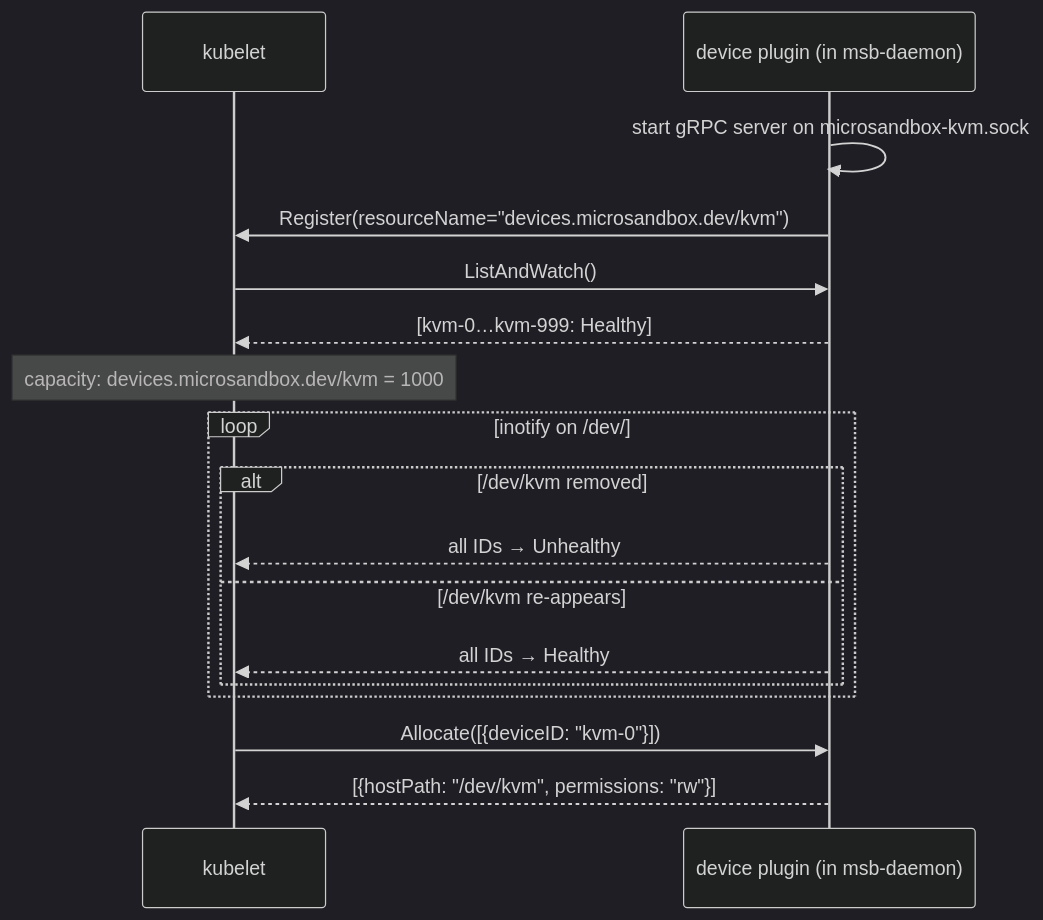
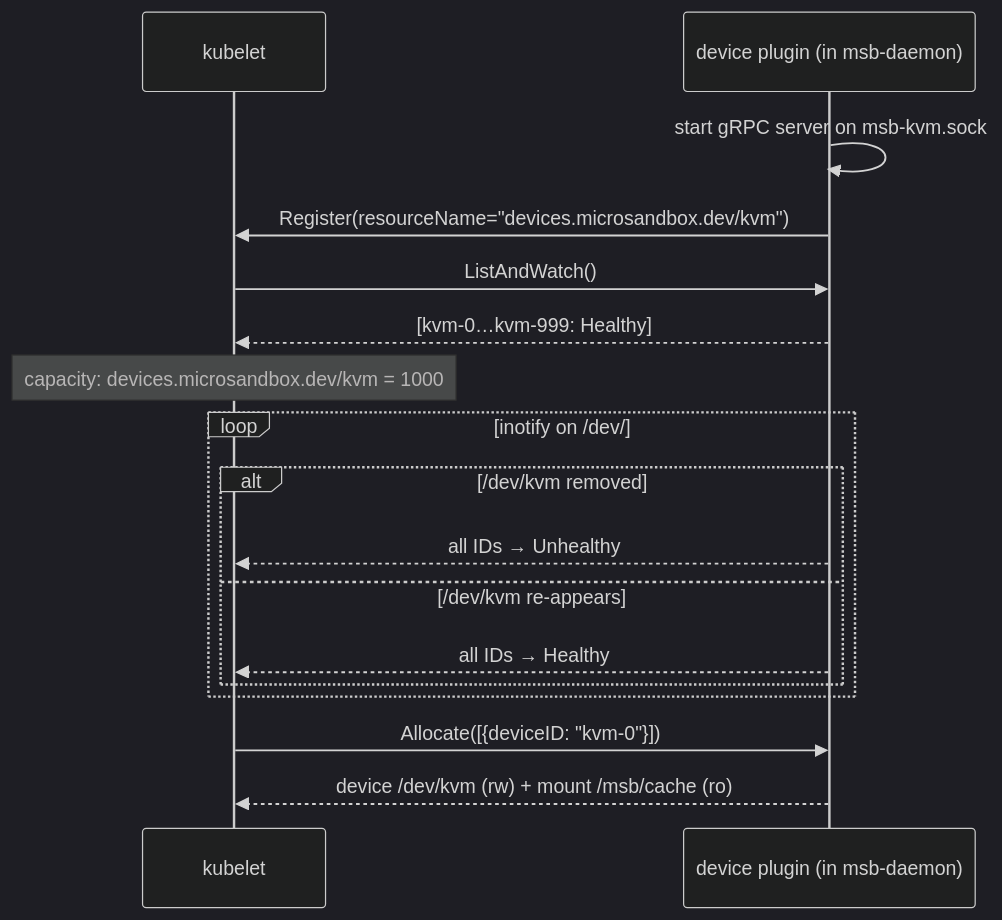
One commit to TheRealSibasishBehera/msb-operator changed the fifth of 11 diagrams in docs/operator-design.md. Above: the diagram before and after it, drawn with Mermaid (dark theme). The commit also changed other lines of this file, not shown here.

First line of the commit message:
docs: correct device-plugin socket, Allocate mount, and kubelet-restart trigger

````diff
--- a/docs/operator-design.md
+++ b/docs/operator-design.md
@@ -299,22 +299,22 @@
 ```mermaid
 sequenceDiagram
     participant Kubelet as kubelet
     participant Plugin as device plugin (in msb-daemon)
 
-    Plugin->>Plugin: start gRPC server on microsandbox-kvm.sock
+    Plugin->>Plugin: start gRPC server on msb-kvm.sock
     Plugin->>Kubelet: Register(resourceName="devices.microsandbox.dev/kvm")
     Kubelet->>Plugin: ListAndWatch()
     Plugin-->>Kubelet: [kvm-0…kvm-999: Healthy]
     Note over Kubelet: capacity: devices.microsandbox.dev/kvm = 1000
 
     loop inotify on /dev/
         alt /dev/kvm removed
             Plugin-->>Kubelet: all IDs → Unhealthy
         else /dev/kvm re-appears
             Plugin-->>Kubelet: all IDs → Healthy
         end
     end
 
     Kubelet->>Plugin: Allocate([{deviceID: "kvm-0"}])
-    Plugin-->>Kubelet: [{hostPath: "/dev/kvm", permissions: "rw"}]
+    Plugin-->>Kubelet: device /dev/kvm (rw) + mount /msb/cache (ro)
 ```
````
